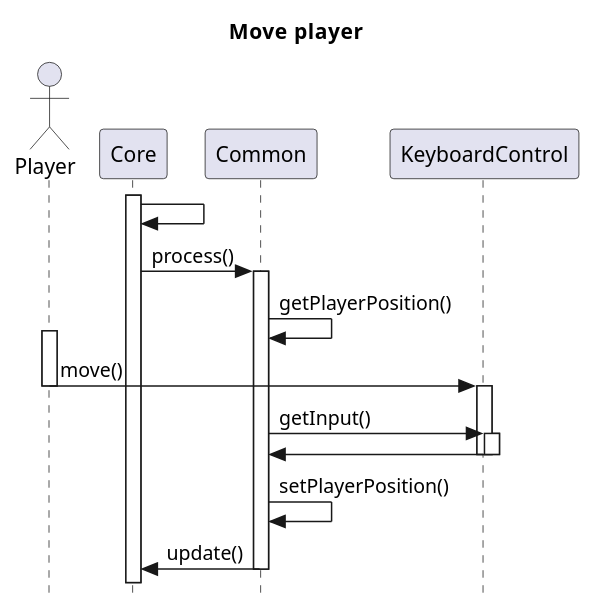
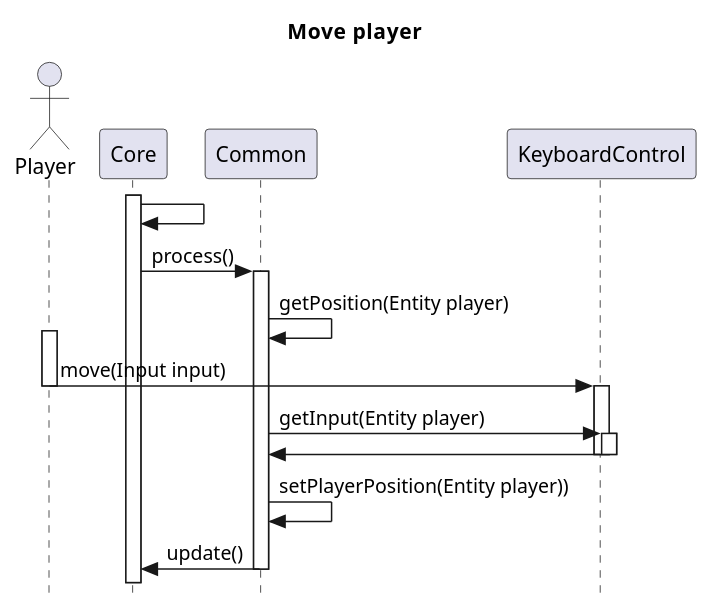
One commit to sesem4/Nelda changed the first of 2 diagrams in docs/diagrams/SequenceDiagram.puml. Above: the diagram before and after it, drawn with PlantUML.

Commit message:
Changes in collision sequence diagram. added attributes to methods, and change collision between player and enemy to weaon and enemy.

```diff
--- a/docs/diagrams/SequenceDiagram.puml
+++ b/docs/diagrams/SequenceDiagram.puml
@@ -1,24 +1,24 @@
 @startuml
 skinparam style strictuml
 title Move  player
 Actor Player
 activate Core
 Core -> Core
 
 Core -> Common: process()
 activate Common
-Common -> Common: getPlayerPosition()
+Common -> Common: getPosition(Entity player)
 Activate Player
-Player -> KeyboardControl: move()
+Player -> KeyboardControl: move(Input input)
 deactivate Player
 activate KeyboardControl
-Common -> KeyboardControl: getInput()
+Common -> KeyboardControl: getInput(Entity player)
 activate KeyboardControl
 KeyboardControl -> Common:
 deactivate KeyboardControl
 deactivate KeyboardControl
-Common -> Common: setPlayerPosition()
+Common -> Common: setPlayerPosition(Entity player))
 Common -> Core: update()
 deactivate Common
 
 @enduml
```
